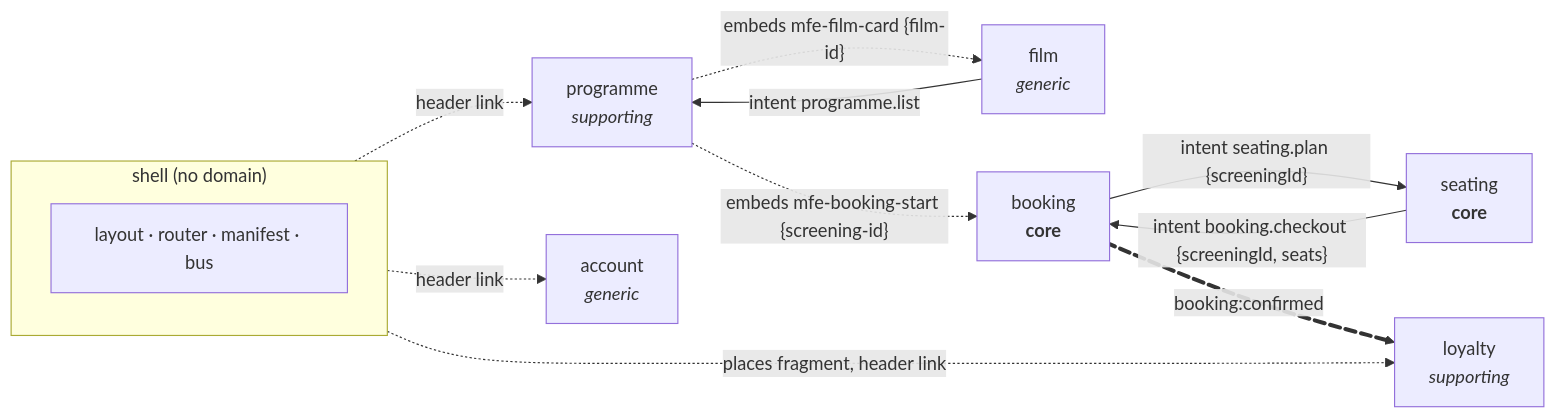
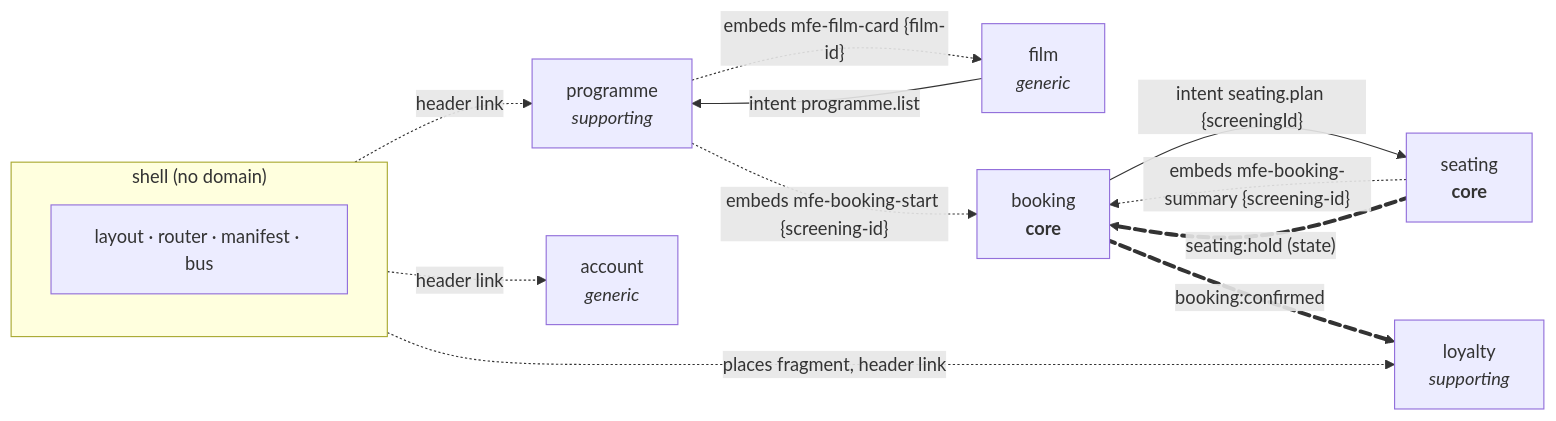
The diagram in angular/cinema/docs/domain.md (native-federation/playground), drawn with Mermaid before and after one commit. The commit also changed other lines of this file and 14 other files, not shown here.

First line of the commit message:
fix(cinema): apply the team's review of seating:hold

````diff
--- a/angular/cinema/docs/domain.md
+++ b/angular/cinema/docs/domain.md
@@ -109,27 +109,29 @@
 ```mermaid
 flowchart LR
     subgraph Shell["shell (no domain)"]
         direction TB
         SH["layout · router · manifest · bus"]
     end
 
     PROG["programme<br/><i>supporting</i>"]
     FILM["film<br/><i>generic</i>"]
     SEAT["seating<br/><b>core</b>"]
     BOOK["booking<br/><b>core</b>"]
     LOY["loyalty<br/><i>supporting</i>"]
     ACC["account<br/><i>generic</i>"]
 
     PROG -. "embeds mfe-film-card {film-id}" .-> FILM
     PROG -. "embeds mfe-booking-start {screening-id}" .-> BOOK
     FILM -- "intent programme.list" --> PROG
     BOOK -- "intent seating.plan {screeningId}" --> SEAT
-    SEAT -- "intent booking.checkout {screeningId, seats}" --> BOOK
+    SEAT -. "embeds mfe-booking-summary {screening-id}" .-> BOOK
+    SEAT e2@== "seating:hold (state)" ==> BOOK
     BOOK e1@== "booking:confirmed" ==> LOY
 
     Shell -. "header link" .-> PROG
     Shell -. "places fragment, header link" .-> LOY
     Shell -. "header link" .-> ACC
 
     e1@{animate: true}
+    e2@{animate: true}
 ```
````
